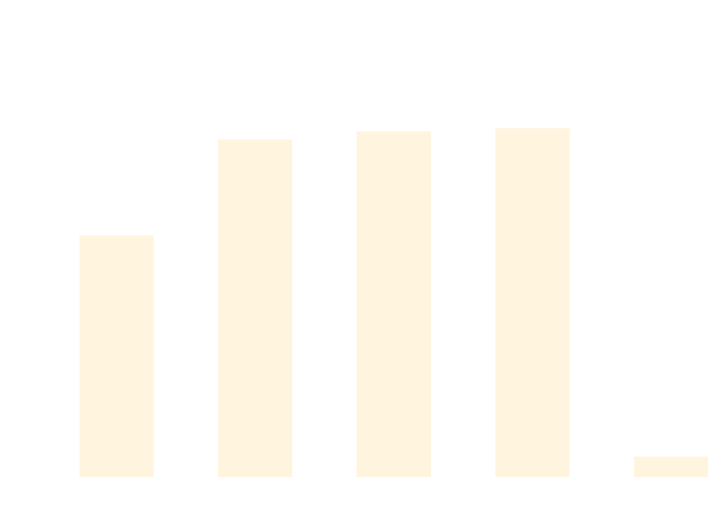
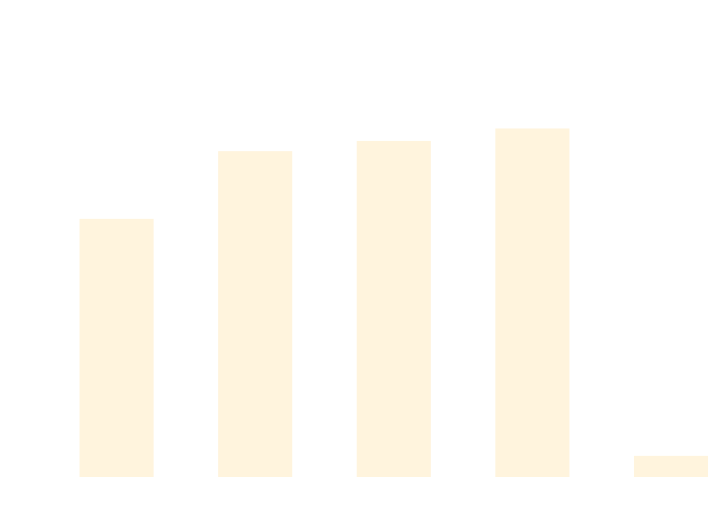
The diagram in docs/docs/benchmarks/DataDrivenTests.md (thomhurst/TUnit), drawn with Mermaid before and after one commit. The commit also changed other lines of this file and 17 other files, not shown here.

````diff
--- a/docs/docs/benchmarks/DataDrivenTests.md
+++ b/docs/docs/benchmarks/DataDrivenTests.md
@@ -27,37 +27,37 @@
 ```mermaid
 %%{init: {
   'theme':'base',
   'themeVariables': {
     'primaryColor': '#2563eb',
     'primaryTextColor': '#ffffff',
     'primaryBorderColor': '#1e40af',
     'lineColor': '#6b7280',
     'secondaryColor': '#7c3aed',
     'tertiaryColor': '#dc2626',
     'background': '#ffffff',
     'mainBkg': '#2563eb',
     'secondBkg': '#7c3aed',
     'tertiaryBkg': '#dc2626',
     'clusterBkg': '#f3f4f6',
     'edgeLabelBackground': '#ffffff',
     'tertiaryTextColor': '#1f2937',
     'pie1': '#2563eb',
     'pie2': '#7c3aed',
     'pie3': '#dc2626',
     'pie4': '#f59e0b',
     'pie5': '#10b981',
     'pie6': '#06b6d4',
     'pie7': '#ec4899',
     'pie8': '#6366f1',
     'pie9': '#84cc16',
     'pie10': '#f97316',
     'pie11': '#14b8a6',
     'pie12': '#a855f7'
   }
 }}%%
 xychart-beta
   title "DataDrivenTests Performance Comparison"
   x-axis ["TUnit", "NUnit", "MSTest", "xUnit3", "TUnit_AOT"]
-  y-axis "Time (ms)" 0 --> 811
-  bar [463.17, 653.3, 669.4, 675.59, 24.5]
+  y-axis "Time (ms)" 0 --> 752
+  bar [459.94, 584.39, 603.2, 626.09, 24.18]
 ```
````
